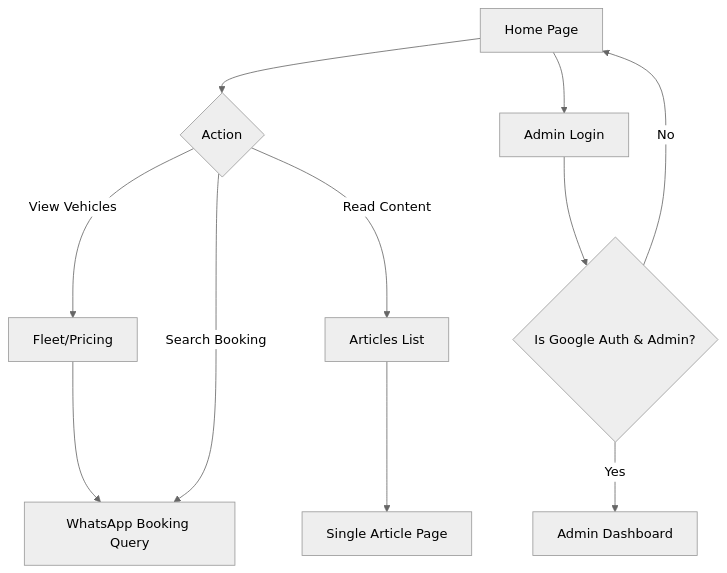
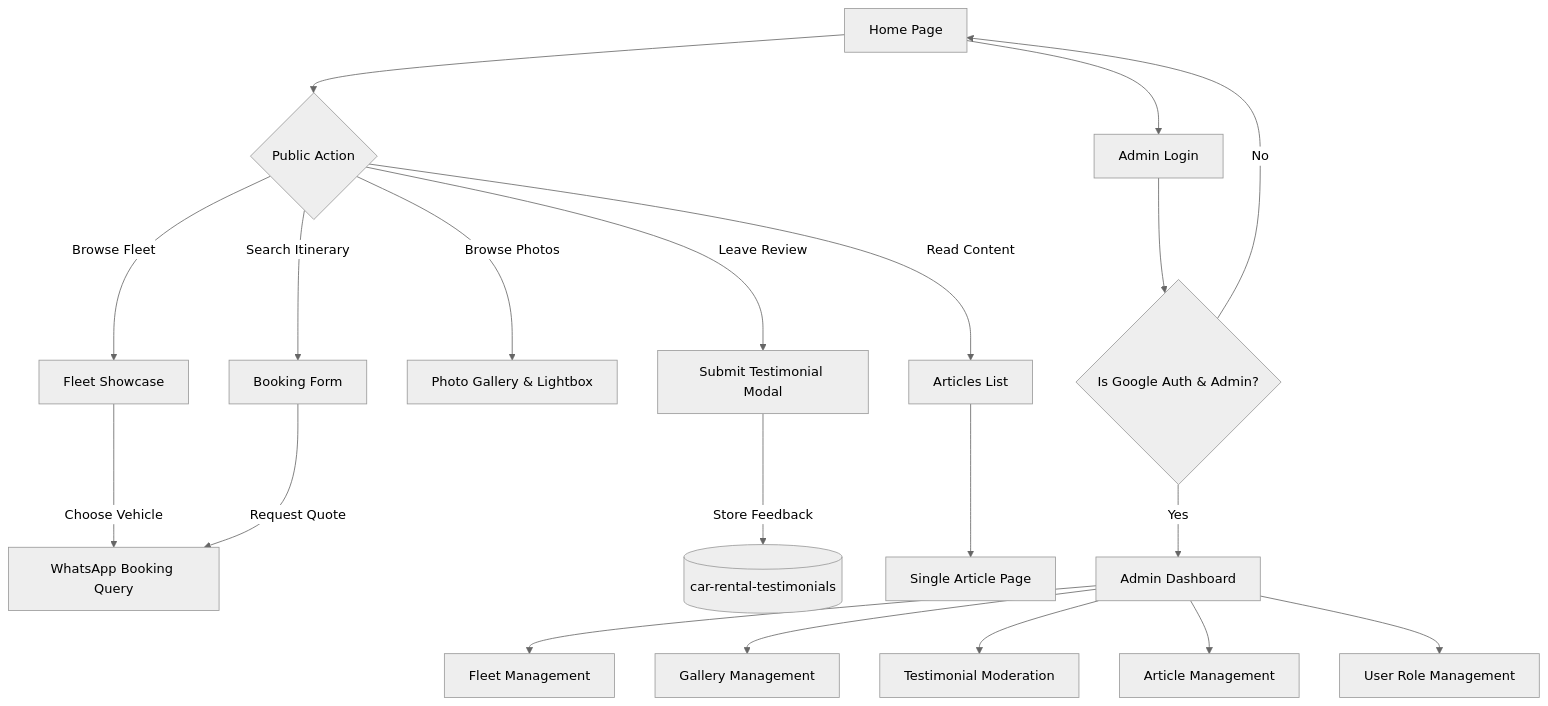
Before and after one commit to BijokDev/car-rental: the diagram in docs/USER_FLOW.md, drawn with Mermaid (neutral theme). The commit also changed other lines of this file and 4 other files, not shown here.

````diff
--- a/docs/USER_FLOW.md
+++ b/docs/USER_FLOW.md
@@ -12,13 +12,23 @@
 ```mermaid
 flowchart TD
-    A[Home Page] --> B{Action}
-    B -->|View Vehicles| C[Fleet/Pricing]
-    C --> D[WhatsApp Booking Query]
-    B -->|Search Booking| D
-    B -->|Read Content| E[Articles List]
-    E --> F[Single Article Page]
-    A --> G[Admin Login]
-    G --> H{Is Google Auth & Admin?}
-    H -->|No| A
-    H -->|Yes| I[Admin Dashboard]
+    A[Home Page] --> B{Public Action}
+    B -->|Browse Fleet| C[Fleet Showcase]
+    C -->|Choose Vehicle| D[WhatsApp Booking Query]
+    B -->|Search Itinerary| E[Booking Form]
+    E -->|Request Quote| D
+    B -->|Browse Photos| F[Photo Gallery & Lightbox]
+    B -->|Leave Review| G[Submit Testimonial Modal]
+    G -->|Store Feedback| H[(car-rental-testimonials)]
+    B -->|Read Content| I[Articles List]
+    I --> J[Single Article Page]
+    
+    A --> K[Admin Login]
+    K --> L{Is Google Auth & Admin?}
+    L -->|No| A
+    L -->|Yes| M[Admin Dashboard]
+    M --> N[Fleet Management]
+    M --> O[Gallery Management]
+    M --> P[Testimonial Moderation]
+    M --> Q[Article Management]
+    M --> R[User Role Management]
 ```
````
